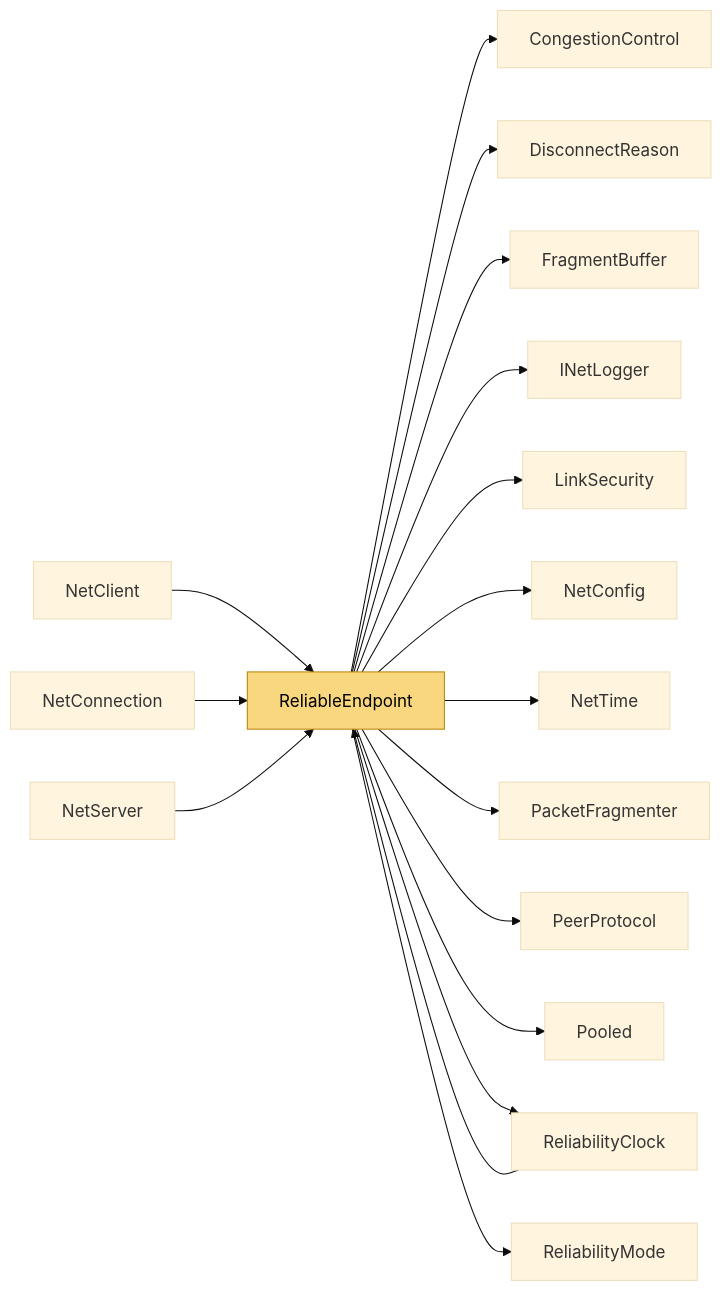
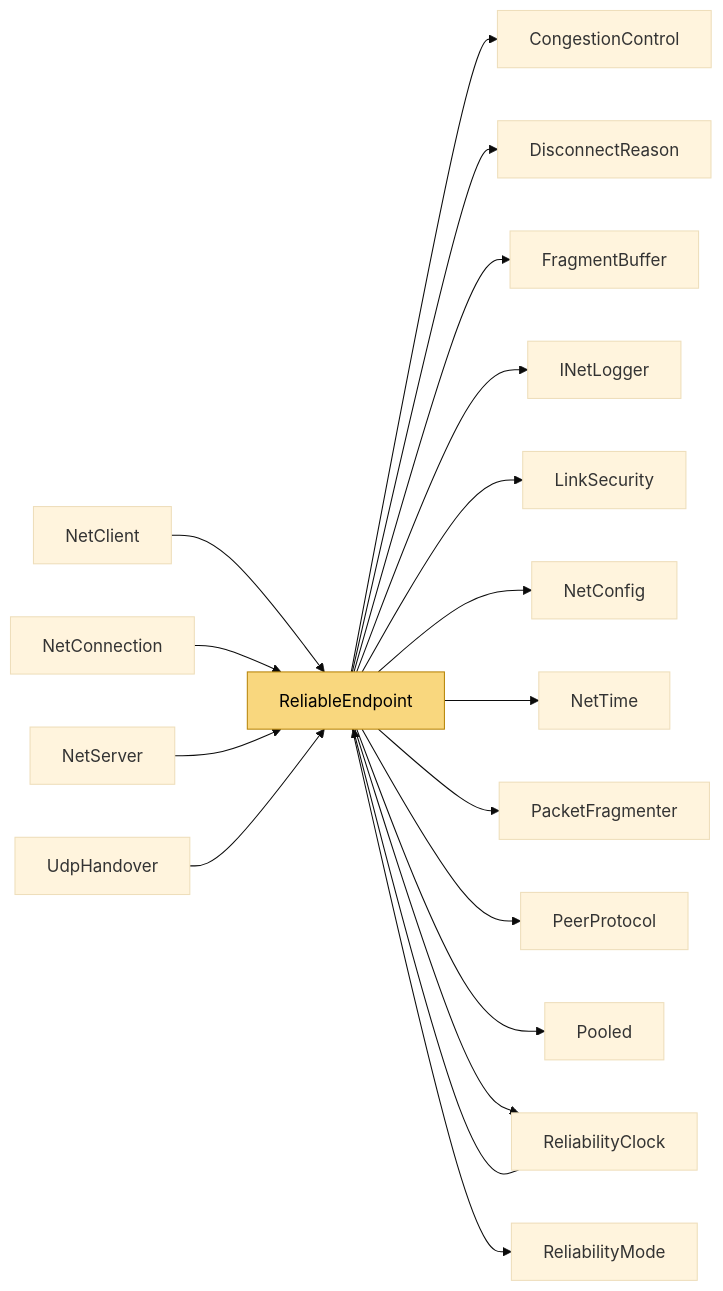
Before and after one commit to VladislavKresov/NetSync: the diagram in docs/Code/Pipeline/Reliability/ReliableEndpoint.md, drawn with Mermaid (base theme). The commit also changed other lines of this file and 56 other files, not shown here.

Commit message:
Docs: limitations and roadmap after rc.6 work; regenerated code reference

````diff
--- a/docs/Code/Pipeline/Reliability/ReliableEndpoint.md
+++ b/docs/Code/Pipeline/Reliability/ReliableEndpoint.md
@@ -86,21 +88,22 @@
 ```mermaid
 flowchart LR
   m_ReliableEndpoint["ReliableEndpoint"]:::self
   m_ReliableEndpoint --> m_CongestionControl["CongestionControl"]
   m_ReliableEndpoint --> m_DisconnectReason["DisconnectReason"]
   m_ReliableEndpoint --> m_FragmentBuffer["FragmentBuffer"]
   m_ReliableEndpoint --> m_INetLogger["INetLogger"]
   m_ReliableEndpoint --> m_LinkSecurity["LinkSecurity"]
   m_ReliableEndpoint --> m_NetConfig["NetConfig"]
   m_ReliableEndpoint --> m_NetTime["NetTime"]
   m_ReliableEndpoint --> m_PacketFragmenter["PacketFragmenter"]
   m_ReliableEndpoint --> m_PeerProtocol["PeerProtocol"]
   m_ReliableEndpoint --> m_Pooled["Pooled"]
   m_ReliableEndpoint --> m_ReliabilityClock["ReliabilityClock"]
   m_ReliableEndpoint --> m_ReliabilityMode["ReliabilityMode"]
   m_NetClient["NetClient"] --> m_ReliableEndpoint
   m_NetConnection["NetConnection"] --> m_ReliableEndpoint
   m_NetServer["NetServer"] --> m_ReliableEndpoint
   m_ReliabilityClock --> m_ReliableEndpoint
+  m_UdpHandover["UdpHandover"] --> m_ReliableEndpoint
   classDef self fill:#f9d77e,stroke:#b8860b,color:#000
 ```
````
